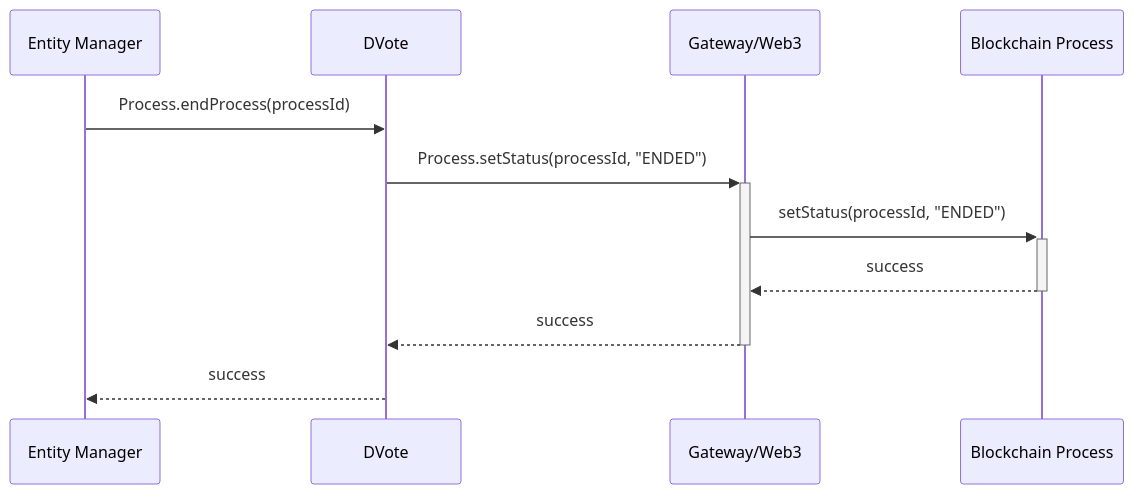
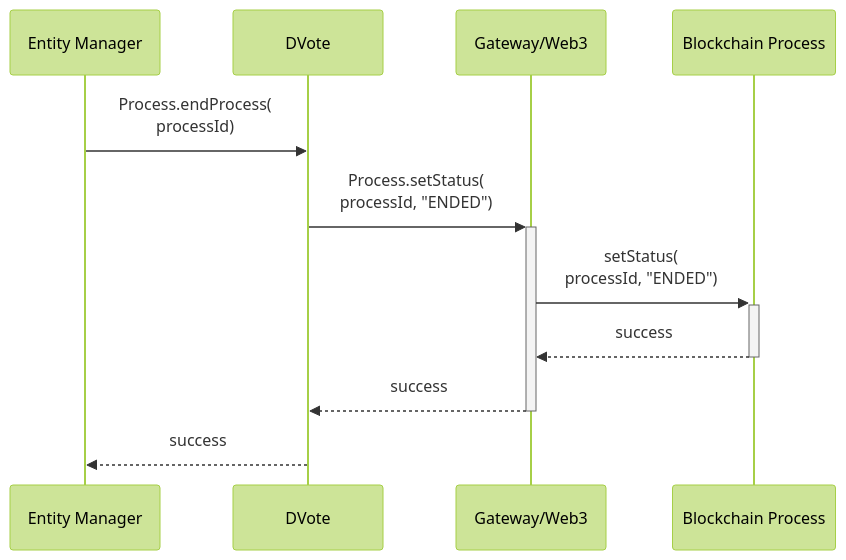
Before and after one commit to vocdoni/docs: the ninth of 10 diagrams in src/architecture/sequence-diagrams.md, drawn with Mermaid. The commit also changed other lines of this file and 1 other file, not shown here.

Commit message:
Improve mermaid sequence diagrams

````diff
--- a/src/architecture/sequence-diagrams.md
+++ b/src/architecture/sequence-diagrams.md
@@ -349,16 +354,17 @@
 ```mermaid
+%%{init: {'theme':'forest'}}%%
 sequenceDiagram
     participant PM as Entity Manager
     participant DV as DVote
     participant GW as Gateway/Web3
     participant BC as Blockchain Process
 
-    PM->>DV: Process.endProcess(processId)
+    PM->>DV: Process.endProcess(<br/>processId)
 
-        DV->>+GW: Process.setStatus(processId, "ENDED")
-            GW->>+BC: setStatus(processId, "ENDED")
+        DV->>+GW: Process.setStatus(<br/>processId, "ENDED")
+            GW->>+BC: setStatus(<br/>processId, "ENDED")
             BC-->>-GW: success
         GW-->>-DV: success
 
     DV-->>PM: success
 ```
````
